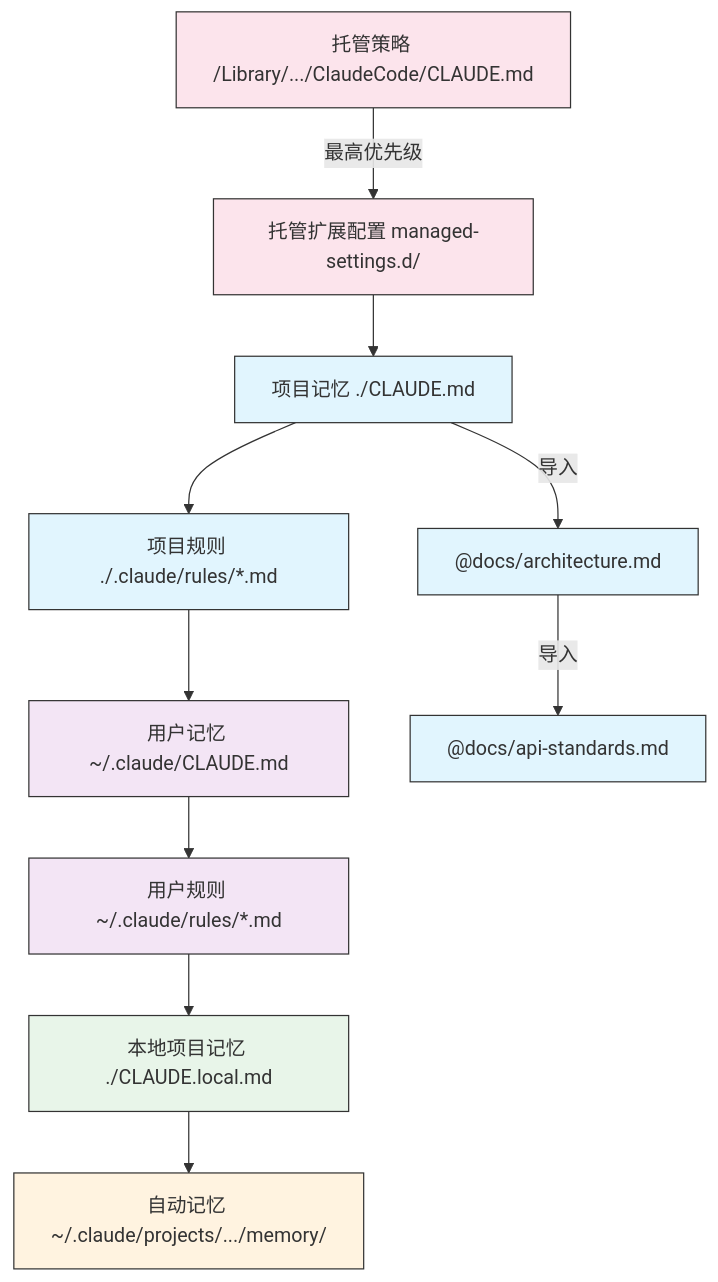
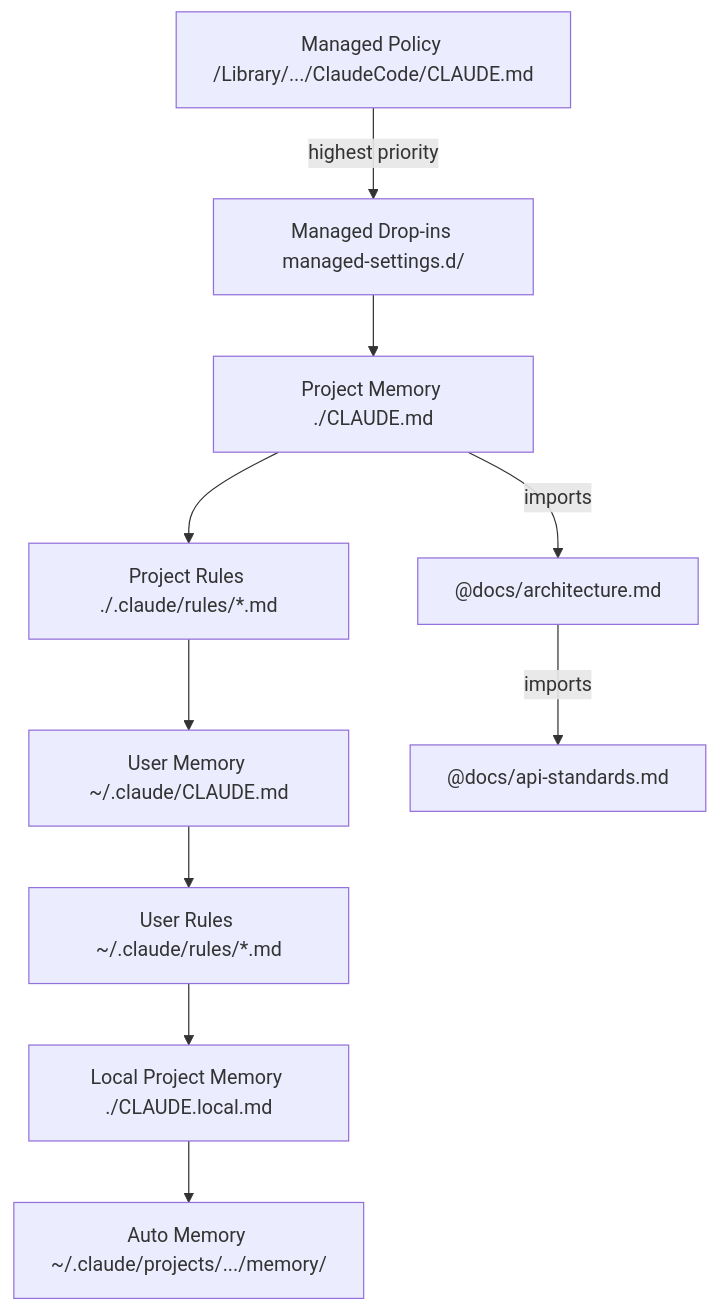
The second of 5 diagrams in 02-memory/README.md (Rx782-Fss/claude-howto-zh), drawn with Mermaid before and after one commit. The commit also changed other lines of this file and 104 other files, not shown here.

````diff
--- a/02-memory/README.md
+++ b/02-memory/README.md
@@ -217,24 +260,14 @@
 ```mermaid
 graph TD
-    A["托管策略 /Library/.../ClaudeCode/CLAUDE.md"] -->|最高优先级| A2["托管扩展配置 managed-settings.d/"]
-    A2 --> B["项目记忆 ./CLAUDE.md"]
-    B --> C["项目规则 ./.claude/rules/*.md"]
-    C --> D["用户记忆 ~/.claude/CLAUDE.md"]
-    D --> E["用户规则 ~/.claude/rules/*.md"]
-    E --> F["本地项目记忆 ./CLAUDE.local.md"]
-    F --> G["自动记忆 ~/.claude/projects/.../memory/"]
+    A["Managed Policy /Library/.../ClaudeCode/CLAUDE.md"] -->|highest priority| A2["Managed Drop-ins managed-settings.d/"]
+    A2 --> B["Project Memory ./CLAUDE.md"]
+    B --> C["Project Rules ./.claude/rules/*.md"]
+    C --> D["User Memory ~/.claude/CLAUDE.md"]
+    D --> E["User Rules ~/.claude/rules/*.md"]
+    E --> F["Local Project Memory ./CLAUDE.local.md"]
+    F --> G["Auto Memory ~/.claude/projects/.../memory/"]
 
-    B -->|导入| H["@docs/architecture.md"]
-    H -->|导入| I["@docs/api-standards.md"]
+    B -->|imports| H["@docs/architecture.md"]
+    H -->|imports| I["@docs/api-standards.md"]
 
-    style A fill:#fce4ec,stroke:#333,color:#333
-    style A2 fill:#fce4ec,stroke:#333,color:#333
-    style B fill:#e1f5fe,stroke:#333,color:#333
-    style C fill:#e1f5fe,stroke:#333,color:#333
-    style D fill:#f3e5f5,stroke:#333,color:#333
-    style E fill:#f3e5f5,stroke:#333,color:#333
-    style F fill:#e8f5e9,stroke:#333,color:#333
-    style G fill:#fff3e0,stroke:#333,color:#333
-    style H fill:#e1f5fe,stroke:#333,color:#333
-    style I fill:#e1f5fe,stroke:#333,color:#333
 ```
````
